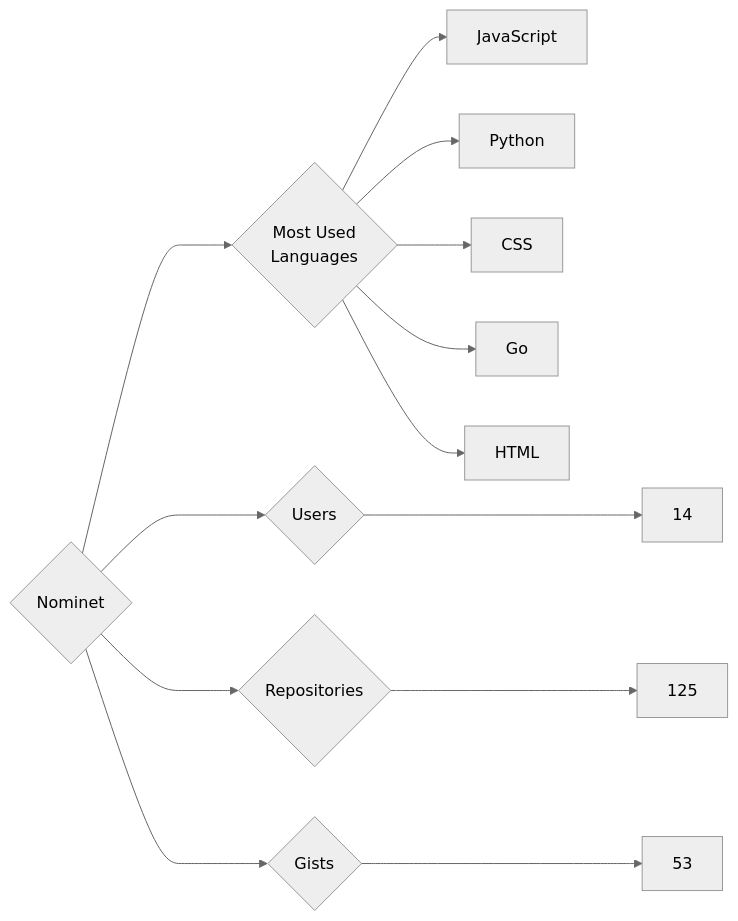
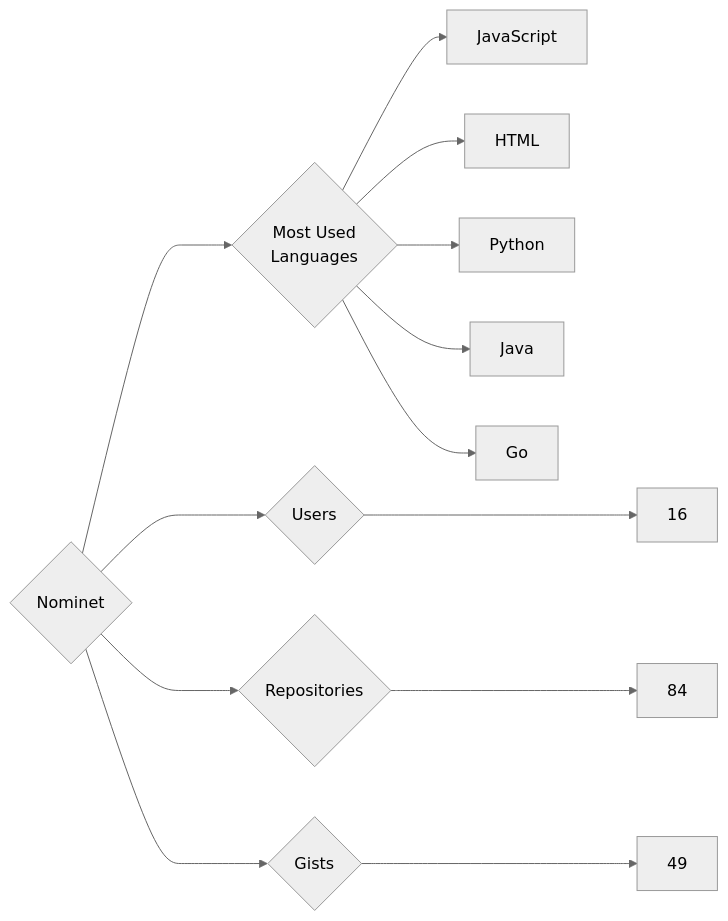
Before and after one commit to trickest/insiders: the diagram in targets/Nominet/README.md, drawn with Mermaid (neutral theme). The commit also changed 728 other files, not shown here.

````diff
--- a/targets/Nominet/README.md
+++ b/targets/Nominet/README.md
@@ -3,13 +3,13 @@
 ```mermaid
 graph LR
 COMPANY_NAME{Nominet}
-COMPANY_NAME ---> U{Users} ---> UN[14]
-COMPANY_NAME ---> R{Repositories} ---> RN[125]
-COMPANY_NAME ---> G{Gists} ---> GN[53]
+COMPANY_NAME ---> U{Users} ---> UN[16]
+COMPANY_NAME ---> R{Repositories} ---> RN[84]
+COMPANY_NAME ---> G{Gists} ---> GN[49]
 COMPANY_NAME ---> ML{Most Used<br>Languages}
 ML --> JavaScript[JavaScript]
+ML --> HTML[HTML]
 ML --> Python[Python]
-ML --> CSS[CSS]
+ML --> Java[Java]
 ML --> Go[Go]
-ML --> HTML[HTML]
 ```
````
